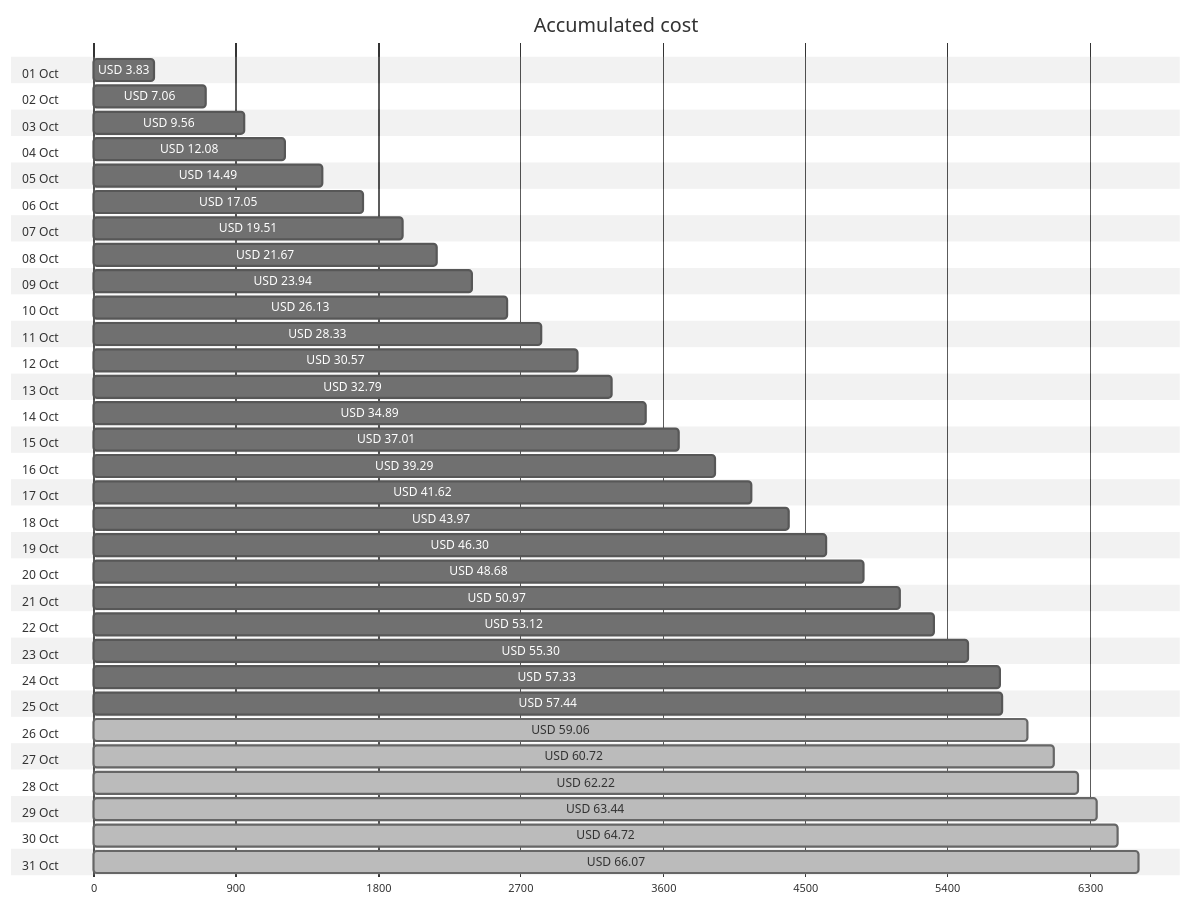
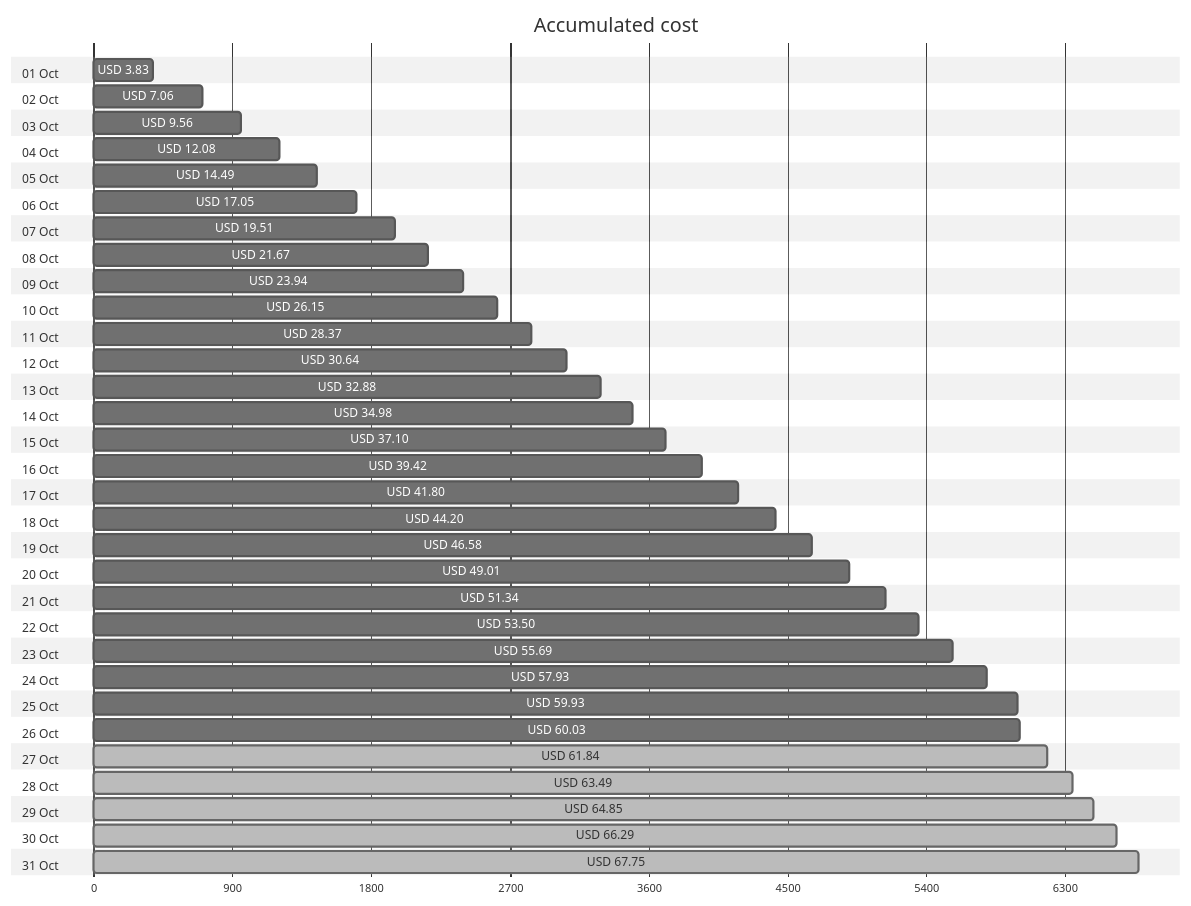
The first of 4 diagrams in cost-reports/accumulated-cost.md (jpfulton/azure-personal-reports), drawn with Mermaid (neutral theme) before and after one commit. The commit also changed other lines of this file and 4 other files, not shown here.

````diff
--- a/cost-reports/accumulated-cost.md
+++ b/cost-reports/accumulated-cost.md
@@ -20,68 +20,68 @@
 ```mermaid
 gantt
    title Accumulated cost
    dateFormat  X
    axisFormat %s
    section 01 Oct
    USD 3.83 :0, 383
    section 02 Oct
    USD 7.06 :0, 706
    section 03 Oct
    USD 9.56 :0, 956
    section 04 Oct
    USD 12.08 :0, 1208
    section 05 Oct
    USD 14.49 :0, 1449
    section 06 Oct
    USD 17.05 :0, 1705
    section 07 Oct
    USD 19.51 :0, 1951
    section 08 Oct
    USD 21.67 :0, 2167
    section 09 Oct
    USD 23.94 :0, 2394
    section 10 Oct
-   USD 26.13 :0, 2613
+   USD 26.15 :0, 2615
    section 11 Oct
-   USD 28.33 :0, 2833
+   USD 28.37 :0, 2837
    section 12 Oct
-   USD 30.57 :0, 3057
+   USD 30.64 :0, 3064
    section 13 Oct
-   USD 32.79 :0, 3279
+   USD 32.88 :0, 3288
    section 14 Oct
-   USD 34.89 :0, 3489
+   USD 34.98 :0, 3498
    section 15 Oct
-   USD 37.01 :0, 3701
+   USD 37.10 :0, 3710
    section 16 Oct
-   USD 39.29 :0, 3929
+   USD 39.42 :0, 3942
    section 17 Oct
-   USD 41.62 :0, 4162
+   USD 41.80 :0, 4180
    section 18 Oct
-   USD 43.97 :0, 4397
+   USD 44.20 :0, 4420
    section 19 Oct
-   USD 46.30 :0, 4630
+   USD 46.58 :0, 4658
    section 20 Oct
-   USD 48.68 :0, 4868
+   USD 49.01 :0, 4901
    section 21 Oct
-   USD 50.97 :0, 5097
+   USD 51.34 :0, 5134
    section 22 Oct
-   USD 53.12 :0, 5312
+   USD 53.50 :0, 5350
    section 23 Oct
-   USD 55.30 :0, 5530
+   USD 55.69 :0, 5569
    section 24 Oct
-   USD 57.33 :0, 5733
+   USD 57.93 :0, 5793
    section 25 Oct
-   USD 57.44 :0, 5744
+   USD 59.93 :0, 5993
    section 26 Oct
-   USD 59.06 : done, 0, 5906
+   USD 60.03 :0, 6003
    section 27 Oct
-   USD 60.72 : done, 0, 6072
+   USD 61.84 : done, 0, 6184
    section 28 Oct
-   USD 62.22 : done, 0, 6222
+   USD 63.49 : done, 0, 6349
    section 29 Oct
-   USD 63.44 : done, 0, 6344
+   USD 64.85 : done, 0, 6485
    section 30 Oct
-   USD 64.72 : done, 0, 6472
+   USD 66.29 : done, 0, 6629
    section 31 Oct
-   USD 66.07 : done, 0, 6607
+   USD 67.75 : done, 0, 6775
 ```
````
